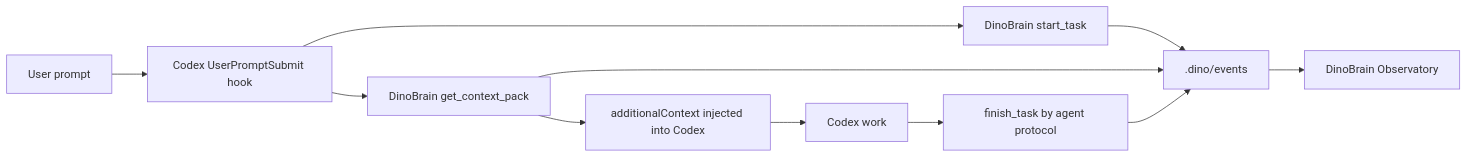
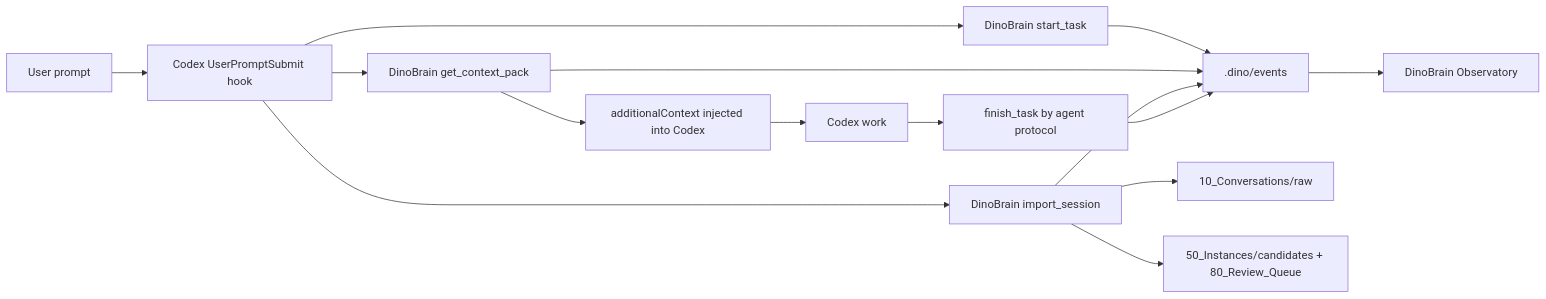
Before and after one commit to clockmansy/dinobrain: the diagram in docs/CODEX_HOOKS.md, drawn with Mermaid. The commit also changed other lines of this file and 6 other files, not shown here.

````diff
--- a/docs/CODEX_HOOKS.md
+++ b/docs/CODEX_HOOKS.md
@@ -12,13 +12,17 @@
 ```mermaid
 flowchart LR
   user["User prompt"] --> hook["Codex UserPromptSubmit hook"]
   hook --> start["DinoBrain start_task"]
   hook --> pack["DinoBrain get_context_pack"]
+  hook --> ingest["DinoBrain import_session"]
   start --> events[".dino/events"]
   pack --> events
+  ingest --> raw["10_Conversations/raw"]
+  ingest --> review["50_Instances/candidates + 80_Review_Queue"]
+  ingest --> events
   pack --> injected["additionalContext injected into Codex"]
   events --> observatory["DinoBrain Observatory"]
   injected --> agent["Codex work"]
   agent --> finish["finish_task by agent protocol"]
   finish --> events
 ```
````
